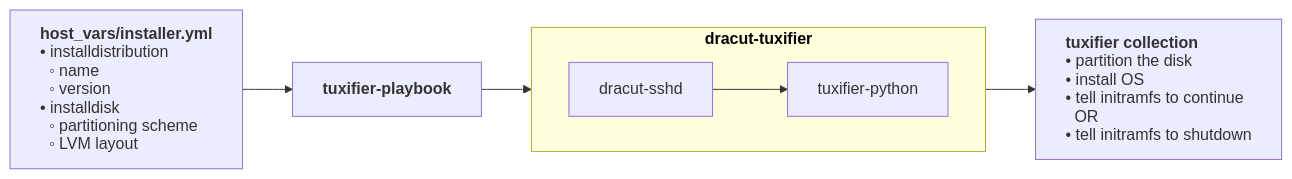
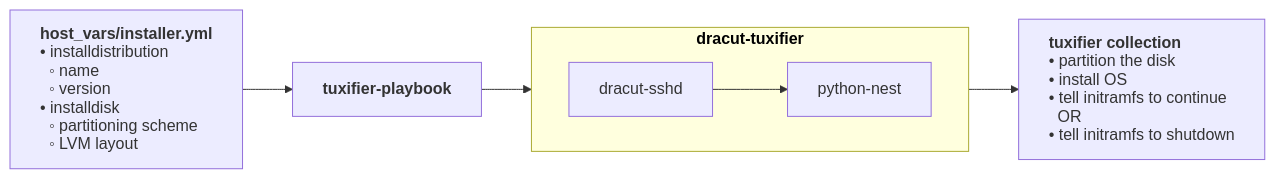
The diagram in README.md (Geertsky/tuxifier-playbook), drawn with Mermaid before and after one commit. The commit also changed 2 other files, not shown here.

Commit message:
Scope: naming|Rename tuxifier-python -> python-nest

````diff
--- a/README.md
+++ b/README.md
@@ -9,23 +9,23 @@
 ```mermaid
 flowchart LR
 HOSTVARS["<div style='text-align:left;line-height:1.15'><b>host_vars/installer.yml</b><br/>• installdistribution<br/>&nbsp;&nbsp;◦ name<br/>&nbsp;&nbsp;◦ version<br/>• installdisk<br/>&nbsp;&nbsp;◦ partitioning scheme<br/>&nbsp;&nbsp;◦ LVM layout</div>"]
 
 PLAYBOOK["<b>tuxifier-playbook</b>"]
 
 subgraph DRACUT["<a href='https://github.com/Geertsky/dracut-tuxifier' target='_blank' style='color:black;text-decoration:none;font-weight:bold'>dracut-tuxifier</a>"]
 direction LR
-SSHD["dracut-sshd"] --> PYTHON["tuxifier-python"]
+SSHD["dracut-sshd"] --> PYTHON["python-nest"]
 end
 
 COLLECTION["<div style='text-align:left;line-height:1.15'><b>tuxifier collection</b><br/>• partition the disk<br/>• install OS<br/>• tell initramfs to continue<br/>&nbsp;&nbsp;OR<br/>• tell initramfs to shutdown</div>"]
 
 HOSTVARS --> PLAYBOOK
 PLAYBOOK --> SSHD
 PYTHON --> COLLECTION
 
 click HOSTVARS "https://github.com/Geertsky/tuxifier-playbook/tree/main/inventory"
 click PLAYBOOK "https://github.com/Geertsky/tuxifier-playbook"
 click SSHD "https://github.com/gsauthof/dracut-sshd"
-click PYTHON "https://github.com/Geertsky/tuxifier-python"
+click PYTHON "https://github.com/Geertsky/python-nest"
 click COLLECTION "https://github.com/Geertsky/tuxifier"
 ```
````
